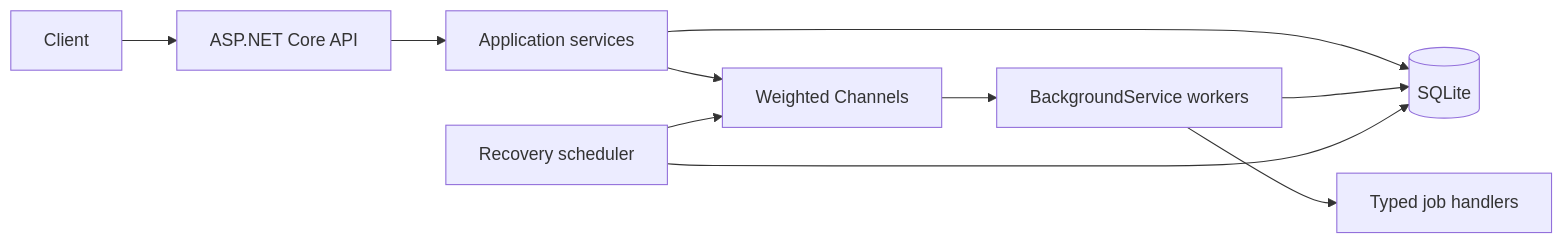
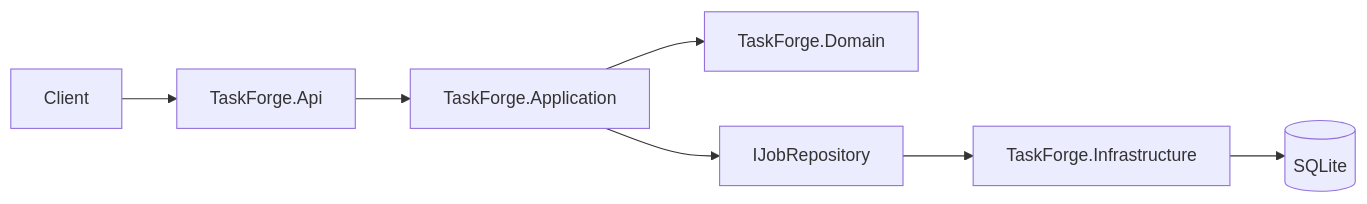
The diagram in README.md (Arvence/TaskForge), drawn with Mermaid before and after one commit. The commit also changed other lines of this file and 15 other files, not shown here.

Commit message:
feat(application): add job manager and simplify structure

````diff
--- a/README.md
+++ b/README.md
@@ -21,12 +18,9 @@
 ```mermaid
 flowchart LR
-    Client --> API[ASP.NET Core API]
-    API --> App[Application services]
-    App --> DB[(SQLite)]
-    App --> Queue[Weighted Channels]
-    Queue --> Workers[BackgroundService workers]
-    Workers --> DB
-    Workers --> Handlers[Typed job handlers]
-    Recovery[Recovery scheduler] --> DB
-    Recovery --> Queue
+    Client --> API[TaskForge.Api]
+    API --> App[TaskForge.Application]
+    App --> Domain[TaskForge.Domain]
+    App --> Repository[IJobRepository]
+    Repository --> Infrastructure[TaskForge.Infrastructure]
+    Infrastructure --> DB[(SQLite)]
 ```
````
